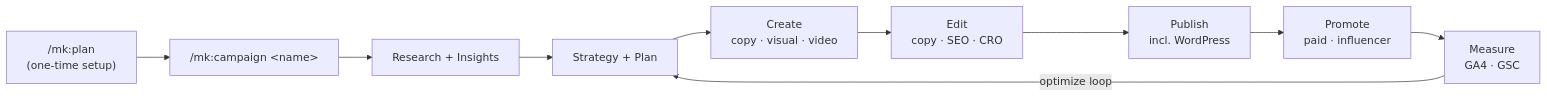
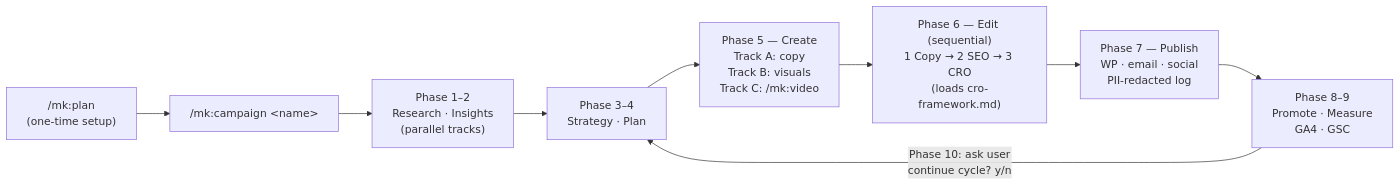
One commit to bakhjem/ClauKit changed diagram 11 of 14 in README.md. Above: the diagram before and after it, drawn with Mermaid. The commit also changed other lines of this file and 18 other files, not shown here.

````diff
--- a/README.md
+++ b/README.md
@@ -496,12 +496,11 @@
 ```mermaid
 flowchart LR
     A["/mk:plan<br/>(one-time setup)"] --> B["/mk:campaign &lt;name&gt;"]
-    B --> C[Research + Insights]
-    C --> D[Strategy + Plan]
-    D --> E[Create<br/>copy · visual · video]
-    E --> F[Edit<br/>copy · SEO · CRO]
-    F --> G[Publish<br/>incl. WordPress]
-    G --> H[Promote<br/>paid · influencer]
-    H --> I[Measure<br/>GA4 · GSC]
-    I -->|optimize loop| D
+    B --> C["Phase 1–2<br/>Research · Insights<br/>(parallel tracks)"]
+    C --> D["Phase 3–4<br/>Strategy · Plan"]
+    D --> E["Phase 5 — Create<br/>Track A: copy<br/>Track B: visuals<br/>Track C: /mk:video"]
+    E --> F["Phase 6 — Edit (sequential)<br/>1 Copy → 2 SEO → 3 CRO<br/>(loads cro-framework.md)"]
+    F --> G["Phase 7 — Publish<br/>WP · email · social<br/>PII-redacted log"]
+    G --> H["Phase 8–9<br/>Promote · Measure<br/>GA4 · GSC"]
+    H -->|"Phase 10: ask user<br/>continue cycle? y/n"| D
 ```
````
